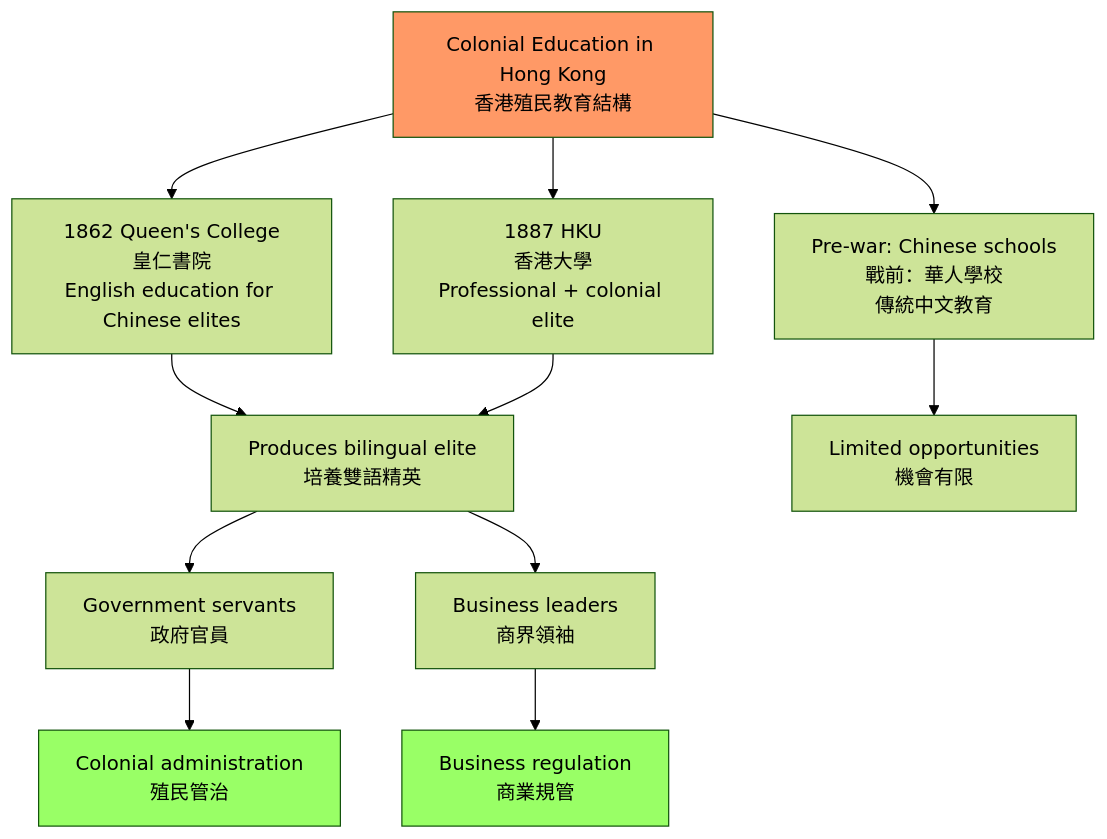
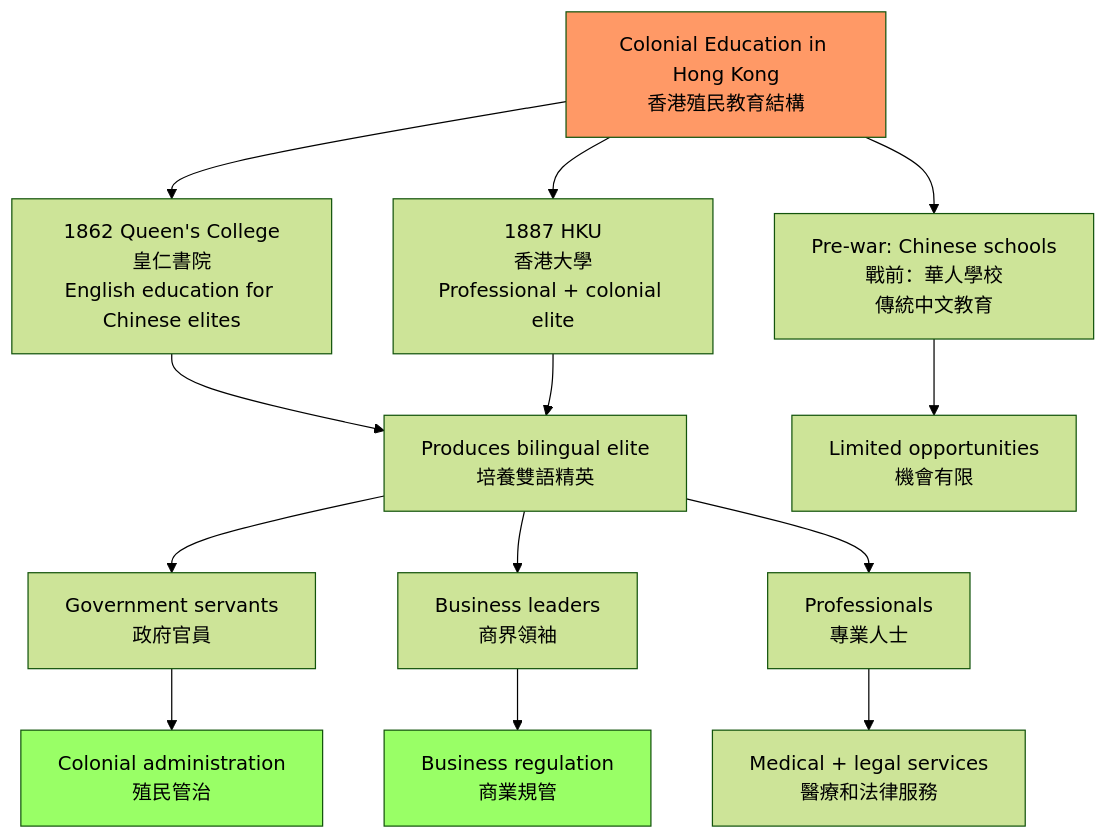
Before and after one commit to yip-lgtm/HKU-Harvard-History-Self-Study: the second of 5 diagrams in 01_HKU_Courses/HIST4024_Writing_Hong_Kong_History.md, drawn with Mermaid (forest theme). The commit also changed other lines of this file and 22 other files, not shown here.

````diff
--- a/01_HKU_Courses/HIST4024_Writing_Hong_Kong_History.md
+++ b/01_HKU_Courses/HIST4024_Writing_Hong_Kong_History.md
@@ -133,19 +175,22 @@
 ```mermaid
 graph TD
     A[Colonial Education in Hong Kong<br/>香港殖民教育結構] --> B[1862 Queen's College<br/>皇仁書院<br/>English education for Chinese elites]
     A --> C[1887 HKU<br/>香港大學<br/>Professional + colonial elite]
     A --> D[Pre-war: Chinese schools<br/>戰前：華人學校<br/>傳統中文教育]
     
     B --> E[Produces bilingual elite<br/>培養雙語精英]
     C --> E
     D --> F[Limited opportunities<br/>機會有限]
     
     E --> G[Government servants<br/>政府官員]
     E --> H[Business leaders<br/>商界領袖]
-    G --> I[Colonial administration<br/>殖民管治]
-    H --> J[Business regulation<br/>商業規管]
+    E --> I[Professionals<br/>專業人士]
+    
+    G --> J[Colonial administration<br/>殖民管治]
+    H --> K[Business regulation<br/>商業規管]
+    I --> L[Medical + legal services<br/>醫療和法律服務]
     
     style A fill:#f96
-    style I fill:#9f6
     style J fill:#9f6
+    style K fill:#9f6
 ```
````
